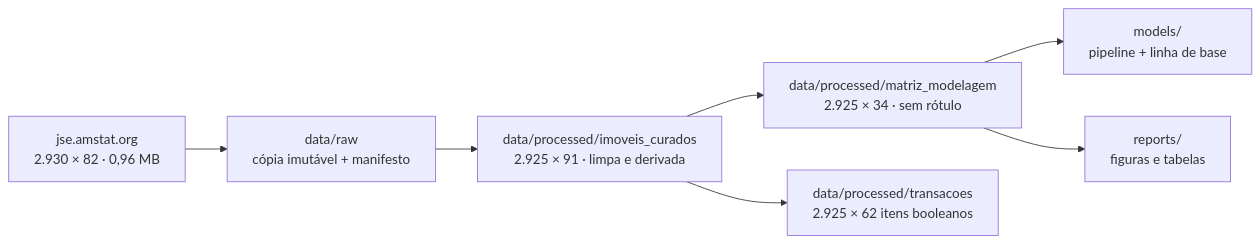
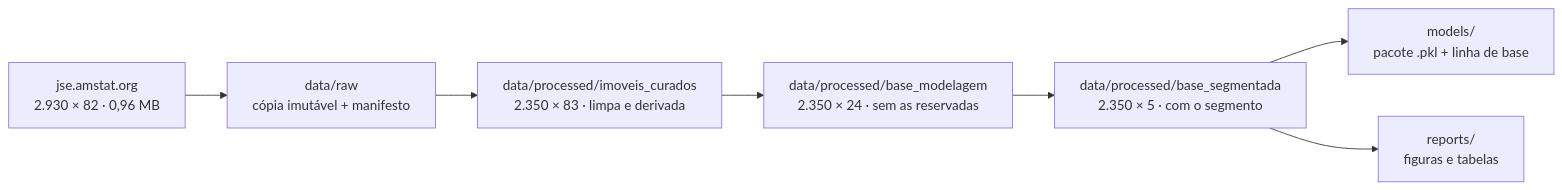
The diagram in docs/fonte-dados.md (aislansf/projeto-exemplo-mercado-imobiliario), drawn with Mermaid before and after one commit. The commit also changed other lines of this file and 14 other files, not shown here.

````diff
--- a/docs/fonte-dados.md
+++ b/docs/fonte-dados.md
@@ -125,9 +125,9 @@
 ```mermaid
 flowchart LR
     A["jse.amstat.org<br/>2.930 × 82 · 0,96 MB"] --> B["data/raw<br/>cópia imutável + manifesto"]
-    B --> C["data/processed/imoveis_curados<br/>2.925 × 91 · limpa e derivada"]
-    C --> D["data/processed/matriz_modelagem<br/>2.925 × 34 · sem rótulo"]
-    C --> E["data/processed/transacoes<br/>2.925 × 62 itens booleanos"]
-    D --> F["models/<br/>pipeline + linha de base"]
-    D --> G["reports/<br/>figuras e tabelas"]
+    B --> C["data/processed/imoveis_curados<br/>2.350 × 83 · limpa e derivada"]
+    C --> D["data/processed/base_modelagem<br/>2.350 × 24 · sem as reservadas"]
+    D --> E["data/processed/base_segmentada<br/>2.350 × 5 · com o segmento"]
+    E --> F["models/<br/>pacote .pkl + linha de base"]
+    E --> G["reports/<br/>figuras e tabelas"]
 ```
````
